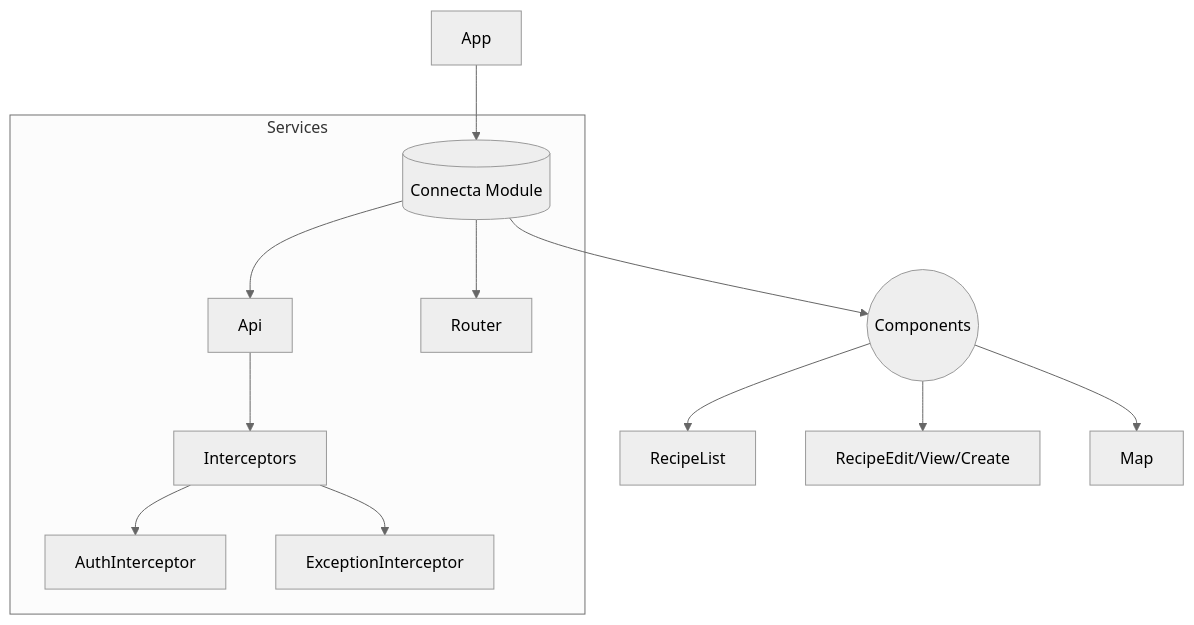
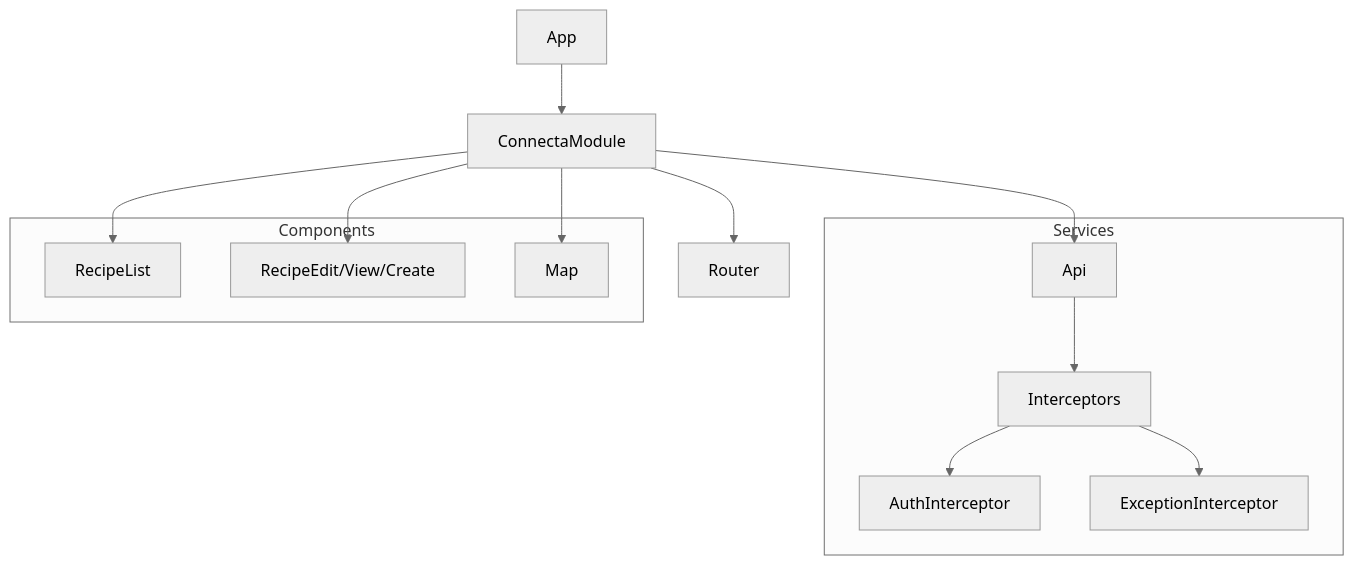
Before and after one commit to 00spoiler00/documentation: the second of 4 diagrams in content/new-connecta/architecture/frontend/module-architecture-proposal.md, drawn with Mermaid (neutral theme). The commit also changed other lines of this file, not shown here.

Commit message:
NewConnecta library architecture proposal WIP

````diff
--- a/content/new-connecta/architecture/frontend/module-architecture-proposal.md
+++ b/content/new-connecta/architecture/frontend/module-architecture-proposal.md
@@ -39,25 +48,27 @@
 ```mermaid
 
 flowchart TD
 
-    Module[(Connecta Module)]
-    Components((Components))
-    Services((Services))
+    App --> ConnectaModule
 
-    App --> Module
+    ConnectaModule --> Api
+    ConnectaModule --> Router
+    ConnectaModule --> RecipeList
+    ConnectaModule --> RecipeEdit/View/Create
+    ConnectaModule --> Map
 
     subgraph Services
-        Module --> Api
-        Module --> Router
         Api --> Interceptors
         Interceptors --> AuthInterceptor
         Interceptors --> ExceptionInterceptor
     end
+
     
-    Module --> Components
-    Components --> RecipeList
-    Components --> RecipeEdit/View/Create
-    Components --> Map
+    subgraph Components
+        RecipeList
+        RecipeEdit/View/Create
+        Map
+    end
     
 
 ```
````
